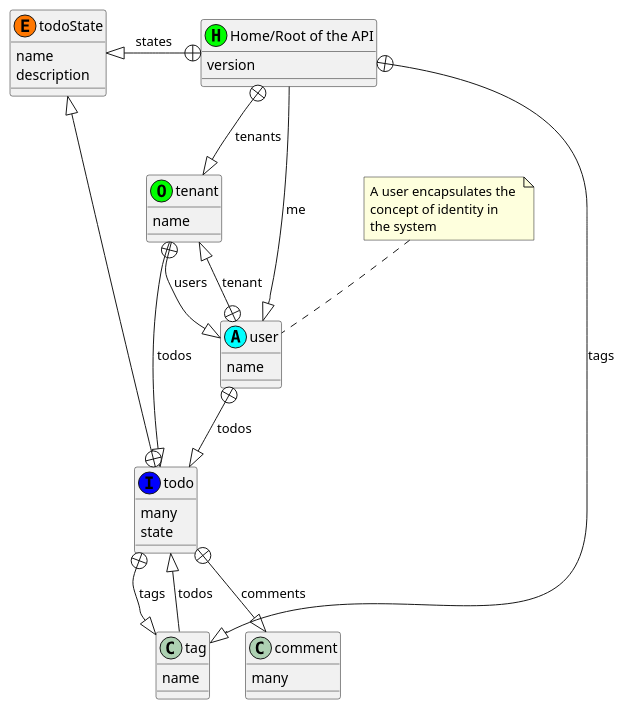
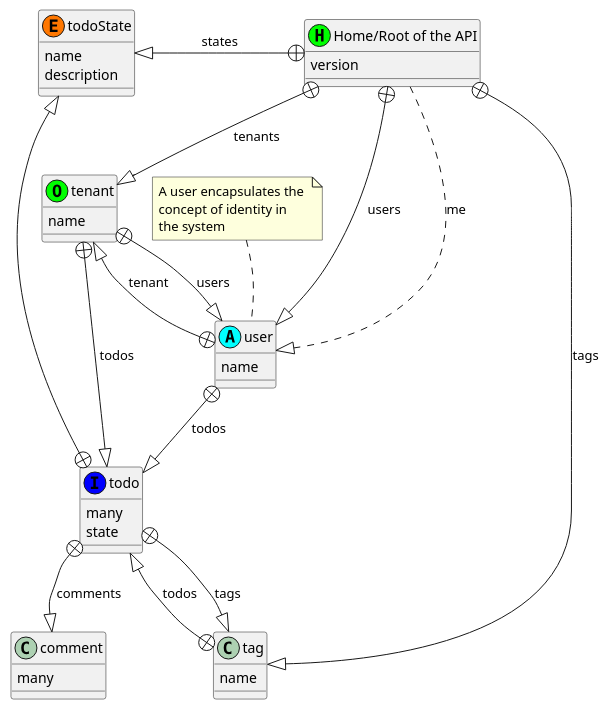
The diagram in api/ApiResources.puml (semanticlink/todo-hypermedia), drawn with PlantUML before and after one commit. The commit also changed 6 other files, not shown here.

```diff
--- a/api/ApiResources.puml
+++ b/api/ApiResources.puml
@@ -3,56 +3,57 @@
 @startuml
 
 class home as "Home/Root of the API" <<H, #00FF00) >>
 home : version
 home +--|> tenant : tenants
 home +--|> tag : tags
 home +-left-|> todoState : states
-home --|> user : me
+home ..|> user : me
+home +--|> user : users
 
 class tag as "tag"
 tag : name
-tag --|> todo : todos
+tag +--|> todo : todos
 
 class tenant as "tenant"  <<O, #00FF00) >>
 tenant : name
 tenant +--|> user : users
-tenant --|> todo : todos
+tenant +--|> todo : todos
 
 
 class todo as "todo"   <<I, #0000FF) >>
 todo : many
 todo : state
 todo +--|> todoState
 todo +--|> comment : comments
 todo +--|> tag : tags
 
 class comment as "comment"
 comment : many
 
 '
 ' Integration Support
 ' =================== 
 '
 
 class user as "User"  <<A, #00FFFF) >>
 note top
   A user encapsulates the 
   concept of identity in 
   the system 
 end note
 user : name
 user +--|> tenant : tenant
 user +--|> todo : todos
 
 
 '
 ' Enumeration resources
 ' =====================
 '
 
 class todoState  as "Todo States (enum)" <<E, #FF7700) >>
 todoState : name
 todoState : description
 
 
 @enduml
```
